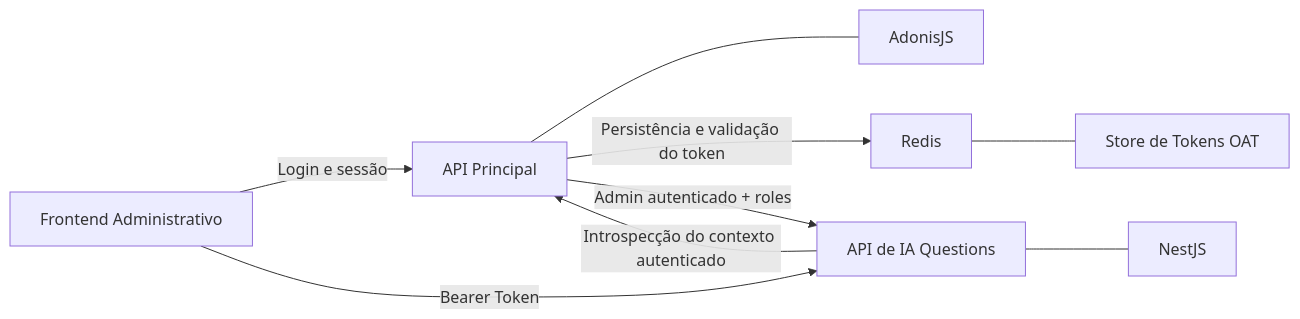
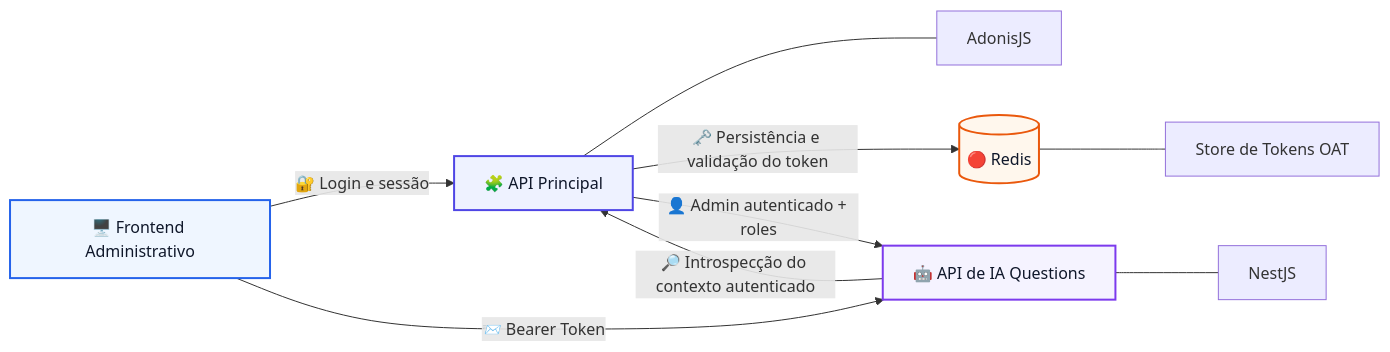
The first of 11 diagrams in RFC-0001-Auth.md (matheusdiamantino-betalent/IA), drawn with Mermaid before and after one commit. The commit also changed other lines of this file, not shown here.

````diff
--- a/RFC-0001-Auth.md
+++ b/RFC-0001-Auth.md
@@ -251,20 +335,25 @@
 ```mermaid
 flowchart LR
-    FE[Frontend Administrativo]
-    AP[API Principal]
+    FE[🖥️ Frontend Administrativo]
+    AP[🧩 API Principal]
     APS[AdonisJS]
-    RD[Redis]
+    RD[(🔴 Redis)]
     RDS[Store de Tokens OAT]
-    IA[API de IA Questions]
+    IA[🤖 API de IA Questions]
     IAS[NestJS]
 
     AP --- APS
     RD --- RDS
     IA --- IAS
 
-    FE -->|Login e sessão| AP
-    AP -->|Persistência e validação do token| RD
-    FE -->|Bearer Token| IA
-    IA -->|Introspecção do contexto autenticado| AP
-    AP -->|Admin autenticado + roles| IA
+    FE -->|🔐 Login e sessão| AP
+    AP -->|🗝️ Persistência e validação do token| RD
+    FE -->|📨 Bearer Token| IA
+    IA -->|🔎 Introspecção do contexto autenticado| AP
+    AP -->|👤 Admin autenticado + roles| IA
+
+    style FE fill:#eff6ff,stroke:#2563eb,stroke-width:2px,color:#0f172a
+    style AP fill:#eef2ff,stroke:#4f46e5,stroke-width:2px,color:#0f172a
+    style IA fill:#f5f3ff,stroke:#7c3aed,stroke-width:2px,color:#0f172a
+    style RD fill:#fff7ed,stroke:#ea580c,stroke-width:2px,color:#0f172a
 ```
````
